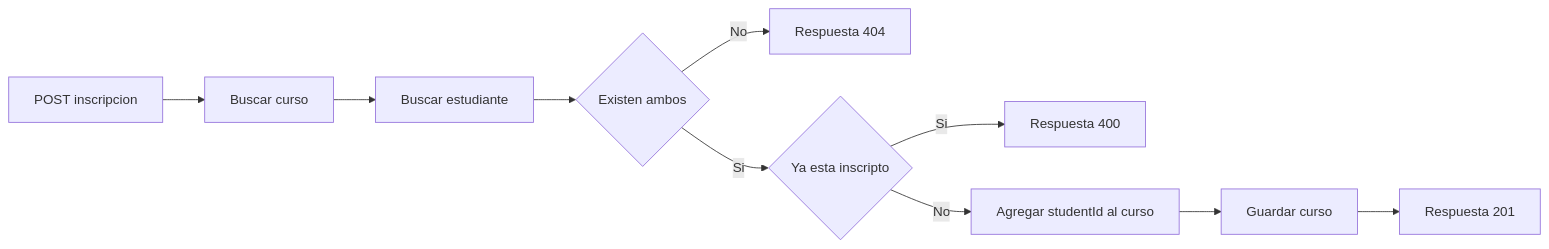
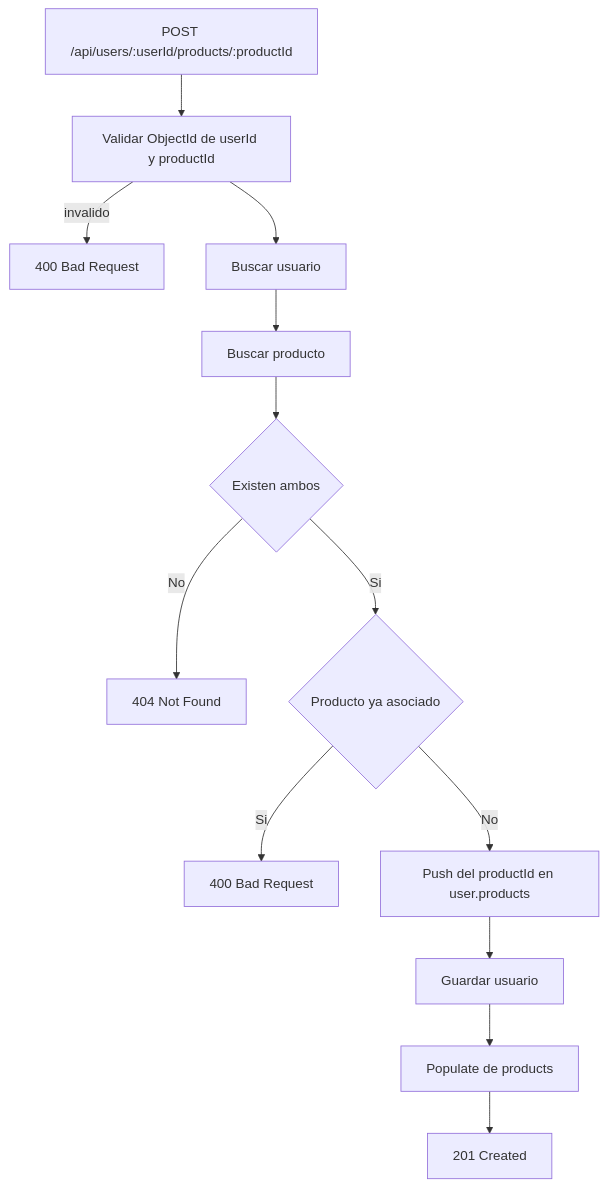
The sixth of 9 diagrams in README.md (sofiaaranoibarra/proyectoBackend), drawn with Mermaid before and after one commit. The commit also changed other lines of this file and 14 other files, not shown here.

````diff
--- a/README.md
+++ b/README.md
@@ -326,12 +488,16 @@
 ```mermaid
-flowchart LR
-    inicio[POST inscripcion] --> buscarCurso[Buscar curso]
-    buscarCurso --> buscarAlumno[Buscar estudiante]
-    buscarAlumno --> validar{Existen ambos}
-    validar -- No --> error404[Respuesta 404]
-    validar -- Si --> repetido{Ya esta inscripto}
-    repetido -- Si --> error400[Respuesta 400]
-    repetido -- No --> agregar[Agregar studentId al curso]
-    agregar --> guardar[Guardar curso]
-    guardar --> ok[Respuesta 201]
+flowchart TD
+    A[POST /api/users/:userId/products/:productId]
+    A --> B[Validar ObjectId de userId y productId]
+    B -->|invalido| C[400 Bad Request]
+    B --> D[Buscar usuario]
+    D --> E[Buscar producto]
+    E --> F{Existen ambos}
+    F -->|No| G[404 Not Found]
+    F -->|Si| H{Producto ya asociado}
+    H -->|Si| I[400 Bad Request]
+    H -->|No| J[Push del productId en user.products]
+    J --> K[Guardar usuario]
+    K --> L[Populate de products]
+    L --> M[201 Created]
 ```
````
